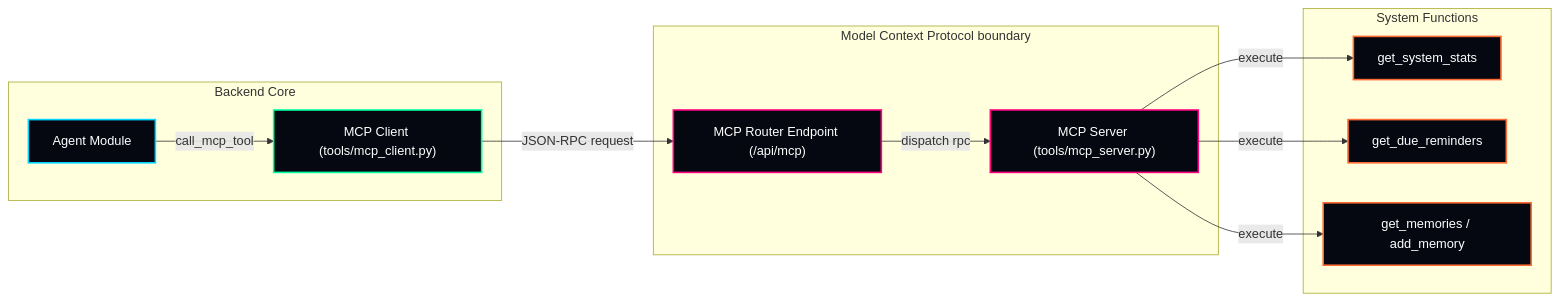
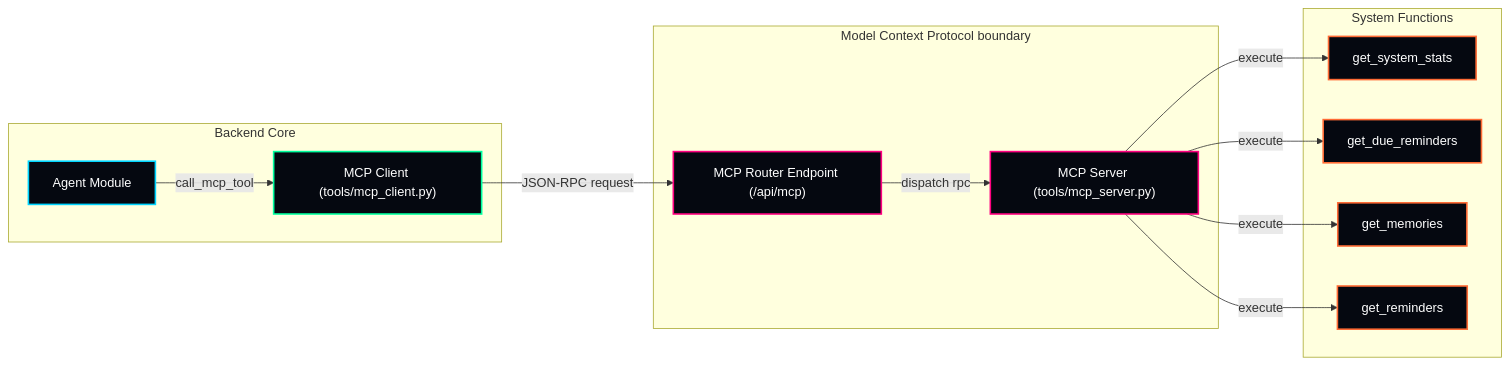
Before and after one commit to Mithunvisvesh/jarvis: the third of 3 diagrams in jarvis/ARCHITECTURE.md, drawn with Mermaid. The commit also changed other lines of this file and 7 other files, not shown here.

Commit message:
docs & ui: restore StatusBar, add slide-in animations, style empty states, and polish architecture docs

````diff
--- a/jarvis/ARCHITECTURE.md
+++ b/jarvis/ARCHITECTURE.md
@@ -81,31 +81,33 @@
 ```mermaid
 flowchart LR
     %% Styling
     classDef Agent fill:#050810,stroke:#00D4FF,stroke-width:2px,color:#fff;
     classDef Client fill:#050810,stroke:#00FF9F,stroke-width:2px,color:#fff;
     classDef Server fill:#050810,stroke:#FF0080,stroke-width:2px,color:#fff;
     classDef Tool fill:#050810,stroke:#FF6B35,stroke-width:2px,color:#fff;
 
     subgraph Backend Core
         A["Agent Module"]:::Agent
         B["MCP Client (tools/mcp_client.py)"]:::Client
     end
 
     subgraph Model Context Protocol boundary
         C["MCP Router Endpoint (/api/mcp)"]:::Server
         D["MCP Server (tools/mcp_server.py)"]:::Server
     end
 
     subgraph System Functions
         E["get_system_stats"]:::Tool
         F["get_due_reminders"]:::Tool
-        G["get_memories / add_memory"]:::Tool
+        G["get_memories"]:::Tool
+        H["get_reminders"]:::Tool
     end
 
     A -->|call_mcp_tool| B
     B -->|JSON-RPC request| C
     C -->|dispatch rpc| D
     D -->|execute| E
     D -->|execute| F
     D -->|execute| G
+    D -->|execute| H
 ```
````
